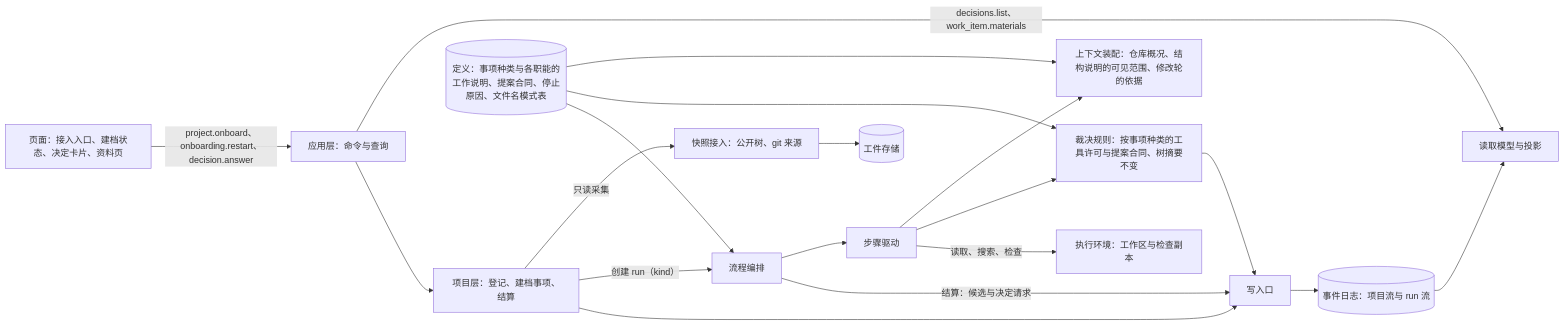
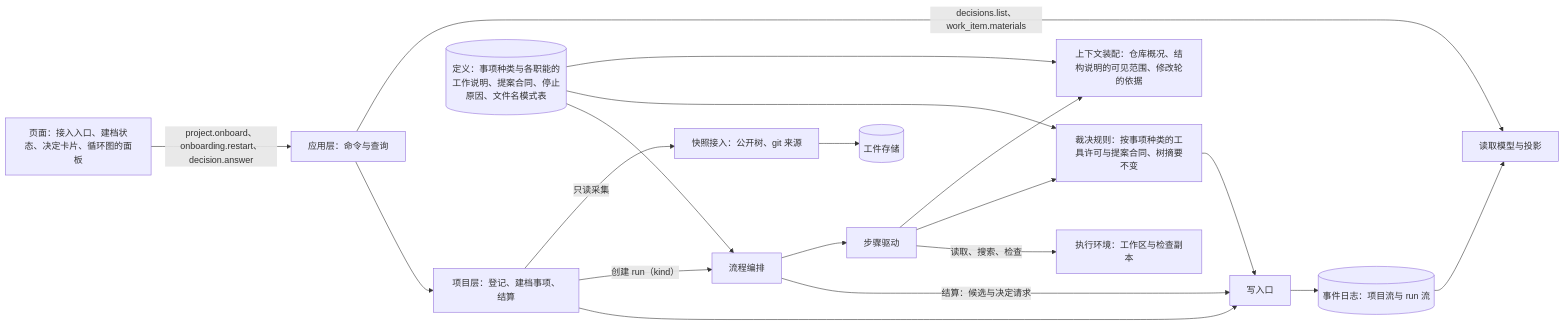
Before and after one commit to bender2333/yudao: the third of 3 diagrams in docs/design/existing-project-onboarding.md, drawn with Mermaid. The commit also changed other lines of this file and 12 other files, not shown here.

````diff
--- a/docs/design/existing-project-onboarding.md
+++ b/docs/design/existing-project-onboarding.md
@@ -265,21 +265,21 @@
 ```mermaid
 flowchart LR
-  Client["页面：接入入口、建档状态、决定卡片、资料页"] -->|"project.onboard、onboarding.restart、decision.answer"| App["应用层：命令与查询"]
+  Client["页面：接入入口、建档状态、决定卡片、循环图的面板"] -->|"project.onboard、onboarding.restart、decision.answer"| App["应用层：命令与查询"]
   App -->|"decisions.list、work_item.materials"| Read["读取模型与投影"]
   App --> Proj["项目层：登记、建档事项、结算"]
   Proj -->|"只读采集"| Snap["快照接入：公开树、git 来源"]
   Snap --> Store[("工件存储")]
   Proj -->|"创建 run（kind）"| Orch["流程编排"]
   Orch --> Step["步骤驱动"]
   Step --> P["上下文装配：仓库概况、结构说明的可见范围、修改轮的依据"]
   Step --> U["裁决规则：按事项种类的工具许可与提案合同、树摘要不变"]
   Defs[("定义：事项种类与各职能的工作说明、提案合同、停止原因、文件名模式表")] --> P
   Defs --> U
   Defs --> Orch
   Step -->|"读取、搜索、检查"| Env["执行环境：工作区与检查副本"]
   Orch -->|"结算：候选与决定请求"| Wr["写入口"]
   Proj --> Wr
   U --> Wr
   Wr --> Log[("事件日志：项目流与 run 流")]
   Log --> Read
 ```
````
